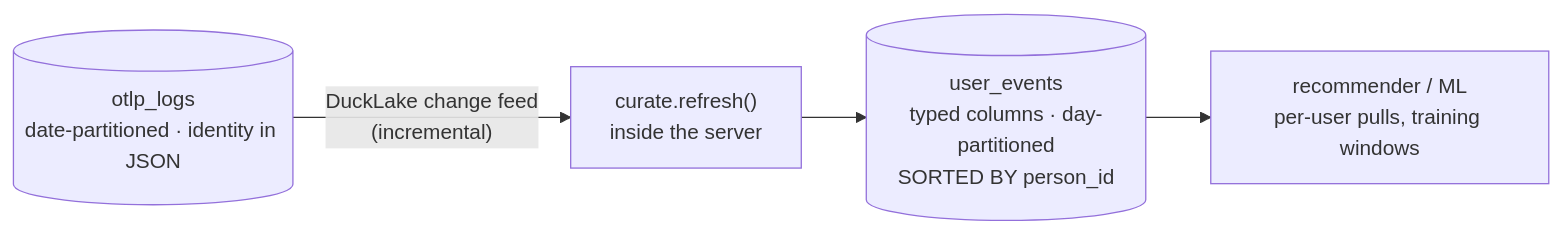
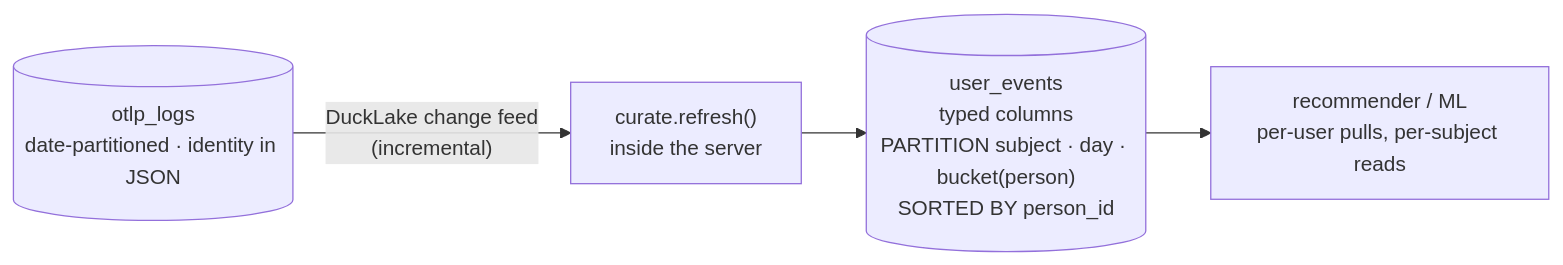
Before and after one commit to Angelerator/nilalytics: the diagram in docs/user-events.md, drawn with Mermaid. The commit also changed other lines of this file and 8 other files, not shown here.

First line of the commit message:
feat: subject partition + person-bucket layout for user_events

````diff
--- a/docs/user-events.md
+++ b/docs/user-events.md
@@ -11,6 +11,6 @@
 ```mermaid
 flowchart LR
   RAW[("otlp_logs<br/>date-partitioned · identity in JSON")] -->|"DuckLake change feed<br/>(incremental)"| CUR["curate.refresh()<br/>inside the server"]
-  CUR --> UE[("user_events<br/>typed columns · day-partitioned<br/>SORTED BY person_id")]
-  UE --> REC["recommender / ML<br/>per-user pulls, training windows"]
+  CUR --> UE[("user_events<br/>typed columns<br/>PARTITION subject · day · bucket(person)<br/>SORTED BY person_id")]
+  UE --> REC["recommender / ML<br/>per-user pulls, per-subject reads"]
 ```
````
